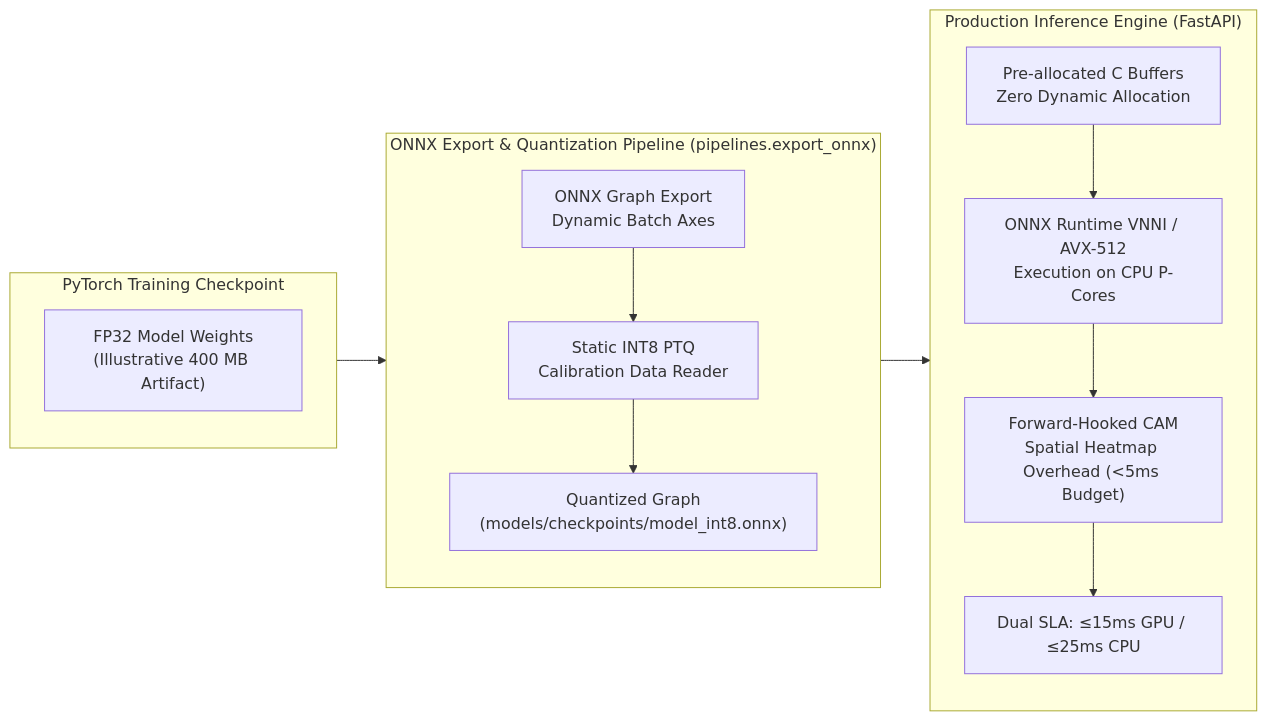
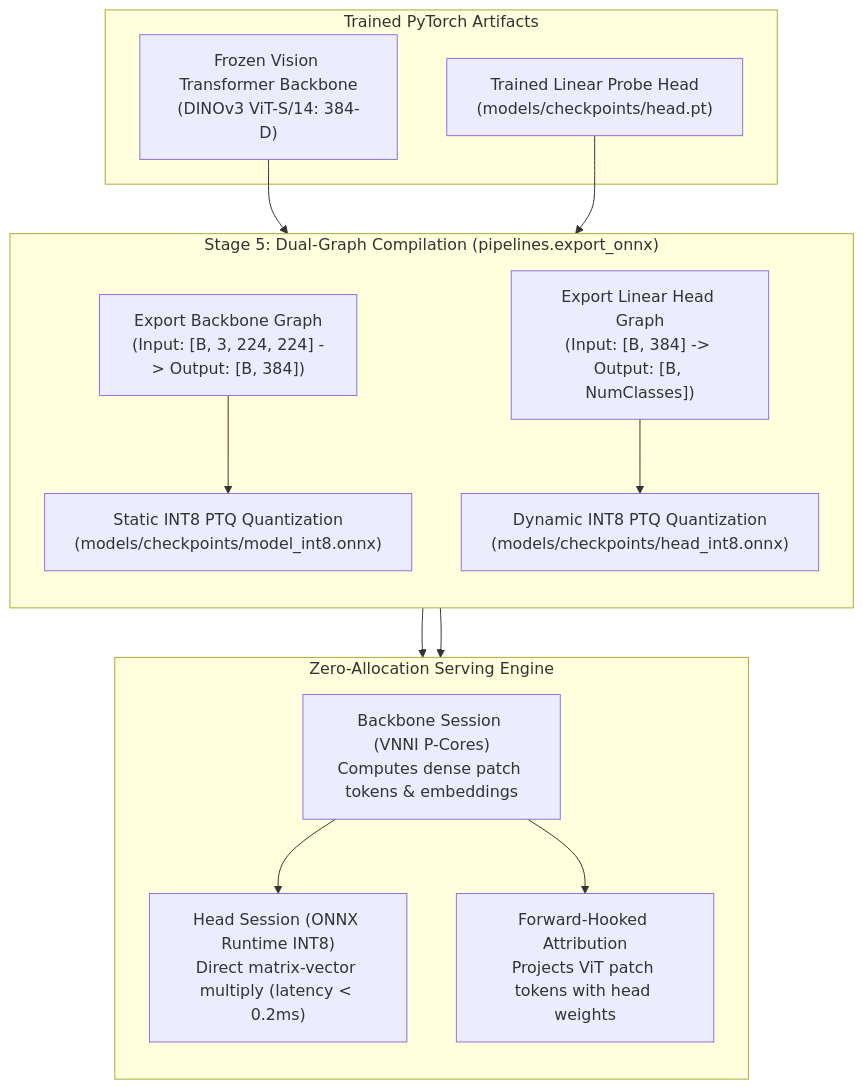
One commit to foersben/taxon-vision-mlops changed the diagram in docs/model_engineering/onnx_optimization_and_latency.md. Above: the diagram before and after it, drawn with Mermaid. The commit also changed other lines of this file and 15 other files, not shown here.

First line of the commit message:
docs(architecture): synchronise package call graph, data-flow matrix, and operations specs

````diff
--- a/docs/model_engineering/onnx_optimization_and_latency.md
+++ b/docs/model_engineering/onnx_optimization_and_latency.md
@@ -28,19 +28,31 @@
 ```mermaid
-flowchart LR
-    subgraph PyTorch["PyTorch Training Checkpoint"]
-        P1["FP32 Model Weights<br/>(Illustrative 400 MB Artifact)"]
+flowchart TD
+    subgraph PyTorchArtifacts["Trained PyTorch Artifacts"]
+        B_FP32["Frozen Vision Transformer Backbone<br/>(DINOv3 ViT-S/14: 384-D)"]
+        H_FP32["Trained Linear Probe Head<br/>(models/checkpoints/head.pt)"]
     end
 
-    subgraph Compilation["ONNX Export & Quantization Pipeline (pipelines.export_onnx)"]
-        C1["ONNX Graph Export<br/>Dynamic Batch Axes"] --> C2["Static INT8 PTQ<br/>Calibration Data Reader"]
-        C2 --> C3["Quantized Graph<br/>(models/checkpoints/model_int8.onnx)"]
+    subgraph ONNXCompilation["Stage 5: Dual-Graph Compilation (pipelines.export_onnx)"]
+        direction TB
+        E1["Export Backbone Graph<br/>(Input: [B, 3, 224, 224] -> Output: [B, 384])"]
+        E2["Export Linear Head Graph<br/>(Input: [B, 384] -> Output: [B, NumClasses])"]
+        Q1["Static INT8 PTQ Quantization<br/>(models/checkpoints/model_int8.onnx)"]
+        Q2["Dynamic INT8 PTQ Quantization<br/>(models/checkpoints/head_int8.onnx)"]
+        E1 --> Q1
+        E2 --> Q2
     end
 
-    subgraph Serving["Production Inference Engine (FastAPI)"]
-        S1["Pre-allocated C Buffers<br/>Zero Dynamic Allocation"] --> S2["ONNX Runtime VNNI / AVX-512<br/>Execution on CPU P-Cores"]
-        S2 --> S3["Forward-Hooked CAM<br/>Spatial Heatmap Overhead (<5ms Budget)"]
-        S3 --> S4["Dual SLA: &le;15ms GPU / &le;25ms CPU"]
+    subgraph ServingRuntime["Zero-Allocation Serving Engine"]
+        direction TB
+        S_B["Backbone Session (VNNI P-Cores)<br/>Computes dense patch tokens & embeddings"]
+        S_H["Head Session (ONNX Runtime INT8)<br/>Direct matrix-vector multiply (latency < 0.2ms)"]
+        S_CAM["Forward-Hooked Attribution<br/>Projects ViT patch tokens with head weights"]
+        S_B --> S_H
+        S_B --> S_CAM
     end
 
-    PyTorch --> Compilation --> Serving
+    B_FP32 --> E1
+    H_FP32 --> E2
+    Q1 --> S_B
+    Q2 --> S_H
 ```
````
